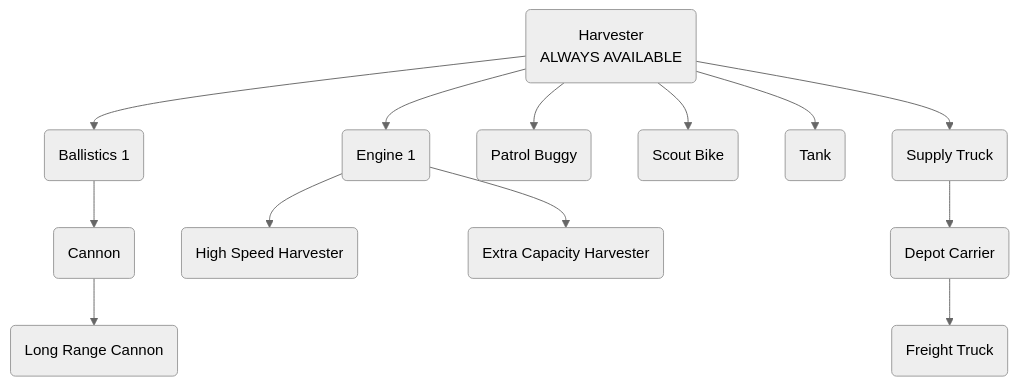
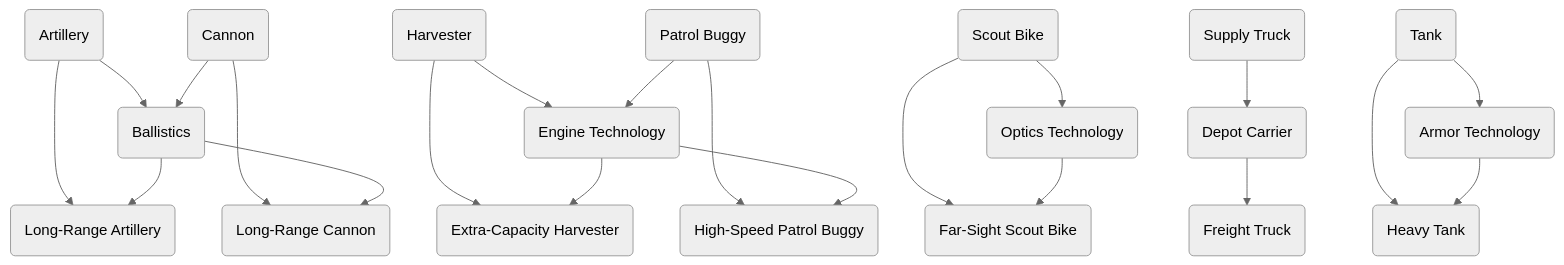
Before and after one commit to wadcom/kisarra-docs: the diagram in README.md, drawn with Mermaid (neutral theme). The commit also changed other lines of this file and 1 other file, not shown here.

````diff
--- a/README.md
+++ b/README.md
@@ -330,16 +988,33 @@
 ```mermaid
 graph TD;
-    harvester(Harvester\nALWAYS AVAILABLE);
-    harvester-->ballistics-1(Ballistics 1);
-    ballistics-1-->cannon(Cannon);
-    cannon-->long-range-cannon(Long Range Cannon);
-    harvester-->engine-1(Engine 1);
-    engine-1-->high-speed-harvester(High Speed Harvester);
-    engine-1-->extra-capacity-harvester(Extra Capacity Harvester);
-    harvester-->patrol-buggy(Patrol Buggy);
-    harvester-->scout-bike(Scout Bike);
-    harvester-->tank(Tank);
-    harvester-->supply-truck(Supply Truck);
-    supply-truck-->depot-carrier(Depot Carrier);
-    depot-carrier-->freight-truck(Freight Truck);
+    artillery(Artillery);
+    cannon(Cannon);
+    harvester(Harvester);
+    patrolBuggy(Patrol Buggy);
+    scoutBike(Scout Bike);
+    supplyTruck(Supply Truck);
+    tank(Tank);
+
+    artillery --> ballistics(Ballistics);
+    cannon --> ballistics;
+    harvester --> engines(Engine Technology);
+    patrolBuggy --> engines;
+    scoutBike --> optics(Optics Technology);
+    tank --> armor(Armor Technology);
+
+    artillery --> artilleryLR(Long-Range Artillery);
+    ballistics --> artilleryLR;
+    cannon --> cannonLR(Long-Range Cannon);
+    ballistics --> cannonLR;
+    harvester --> harvesterRoomy(Extra-Capacity Harvester);
+    engines --> harvesterRoomy;
+    patrolBuggy --> buggyFast(High-Speed Patrol Buggy);
+    engines --> buggyFast;
+    scoutBike --> bikeFarSight(Far-Sight Scout Bike);
+    optics --> bikeFarSight;
+    tank --> tankHeavy(Heavy Tank);
+    armor --> tankHeavy;
+
+    supplyTruck --> depotCarrier(Depot Carrier);
+    depotCarrier --> freightTruck(Freight Truck);
 ```
````
